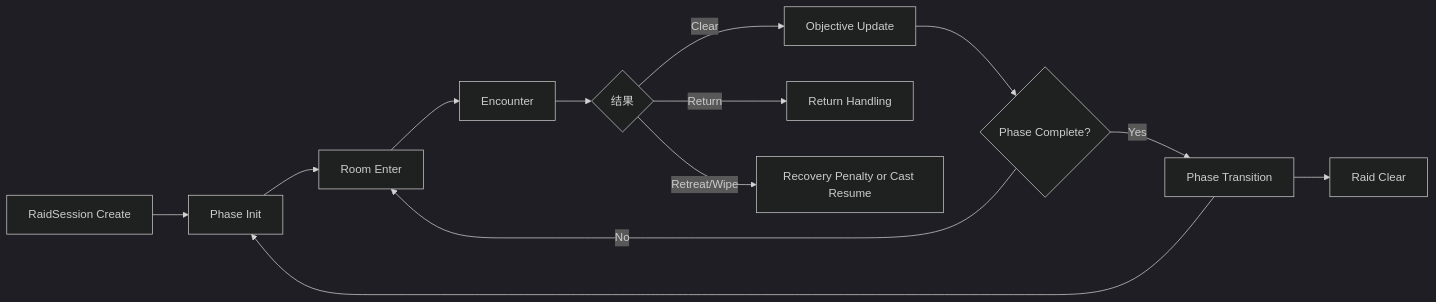
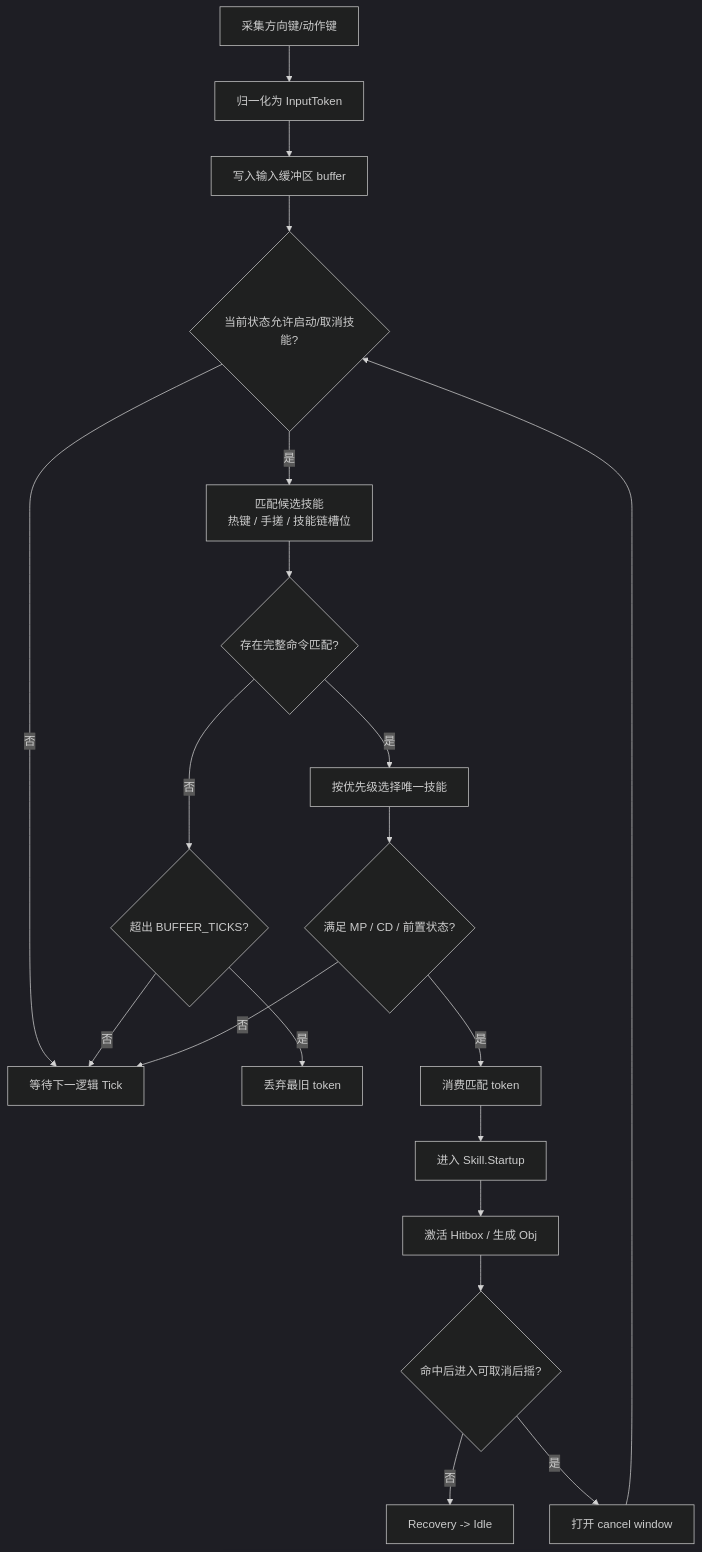
One commit to daugf2527/combat-lab-webdemo-0.2-r3-handfeel-fix6-normalized-sprites changed the diagram in docs/research/dnf-dfo-neutralize-ignite-defense-report.md. Above: the diagram before and after it, drawn with Mermaid (dark theme). The commit also changed other lines of this file, not shown here.

````diff
--- a/docs/research/dnf-dfo-neutralize-ignite-defense-report.md
+++ b/docs/research/dnf-dfo-neutralize-ignite-defense-report.md
@@ -187,15 +110,22 @@
 ```mermaid
-flowchart LR
-    A[RaidSession Create] --> B[Phase Init]
-    B --> C[Room Enter]
-    C --> D[Encounter]
-    D --> E{结果}
-    E -->|Clear| F[Objective Update]
-    E -->|Return| G[Return Handling]
-    E -->|Retreat/Wipe| H[Recovery Penalty or Cast Resume]
-    F --> I{Phase Complete?}
-    I -->|No| C
-    I -->|Yes| J[Phase Transition]
-    J --> B
-    J --> K[Raid Clear]
+flowchart TD
+    A[采集方向键/动作键] --> B[归一化为 InputToken]
+    B --> C[写入输入缓冲区 buffer]
+    C --> D{当前状态允许启动/取消技能?}
+    D -- 否 --> E[等待下一逻辑 Tick]
+    D -- 是 --> F[匹配候选技能<br/>热键 / 手搓 / 技能链槽位]
+    F --> G{存在完整命令匹配?}
+    G -- 否 --> H{超出 BUFFER_TICKS?}
+    H -- 否 --> E
+    H -- 是 --> I[丢弃最旧 token]
+    G -- 是 --> J[按优先级选择唯一技能]
+    J --> K{满足 MP / CD / 前置状态?}
+    K -- 否 --> E
+    K -- 是 --> L[消费匹配 token]
+    L --> M[进入 Skill.Startup]
+    M --> N[激活 Hitbox / 生成 Obj]
+    N --> O{命中后进入可取消后摇?}
+    O -- 否 --> P[Recovery -> Idle]
+    O -- 是 --> Q[打开 cancel window]
+    Q --> D
 ```
````
